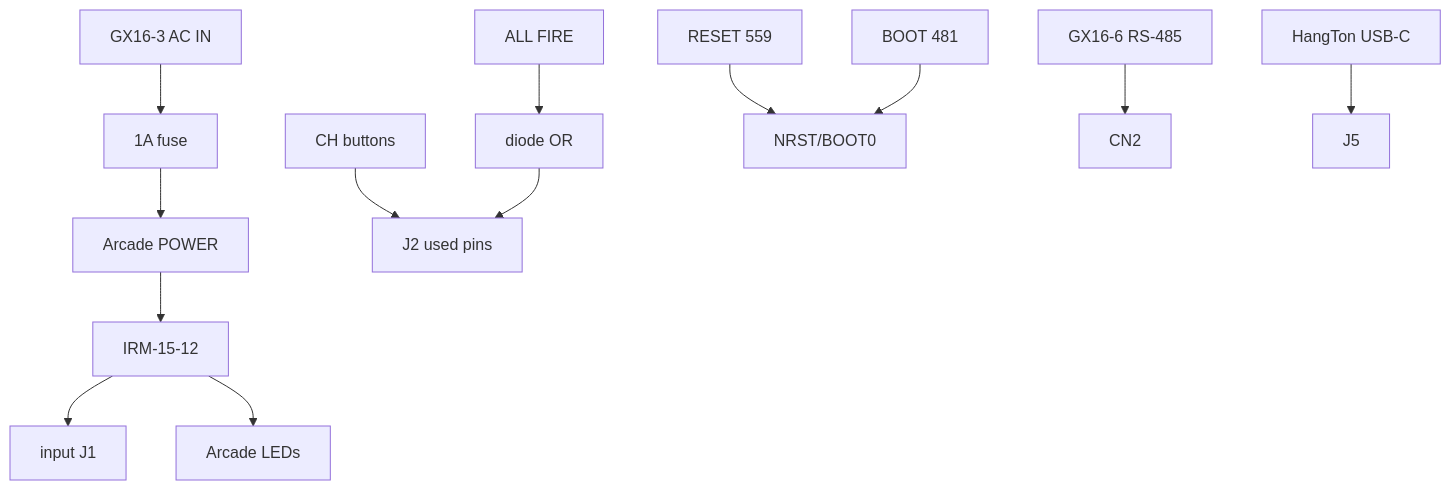
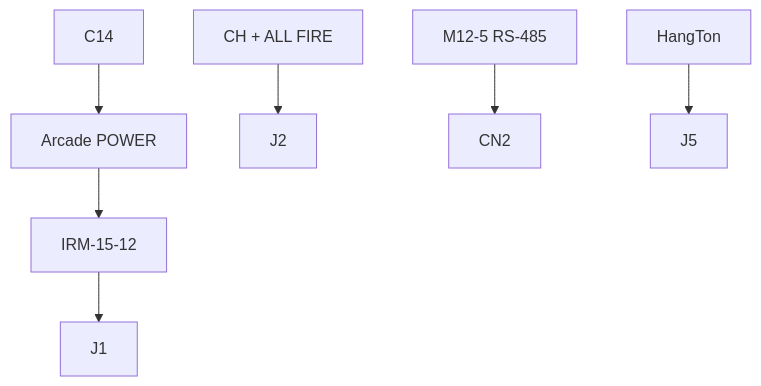
One commit to twoshark/fire-controllers changed the first of 3 diagrams in hardware/v1.0.0/enclosures/WIRING.md. Above: the diagram before and after it, drawn with Mermaid. The commit also changed other lines of this file and 8 other files, not shown here.

````diff
--- a/hardware/v1.0.0/enclosures/WIRING.md
+++ b/hardware/v1.0.0/enclosures/WIRING.md
@@ -20,13 +36,9 @@
 ```mermaid
 flowchart TB
-  AC[GX16-3 AC IN] --> FUSE[1A fuse] --> PWR[Arcade POWER]
+  AC[C14] --> PWR[Arcade POWER]
   PWR --> IRM[IRM-15-12]
-  IRM --> J1[input J1]
-  IRM --> LEDS[Arcade LEDs]
-  CHx[CH buttons] --> J2[J2 used pins]
-  ALL[ALL FIRE] --> OR[diode OR] --> J2
-  RST[RESET 559] --> SWD[NRST/BOOT0]
-  BOOT[BOOT 481] --> SWD
-  M12[GX16-6 RS-485] --> CN2[CN2]
-  USB[HangTon USB-C] --> J5[J5]
+  IRM --> J1
+  BTN[CH + ALL FIRE] --> J2
+  M12[M12-5 RS-485] --> CN2
+  USB[HangTon] --> J5
 ```
````
